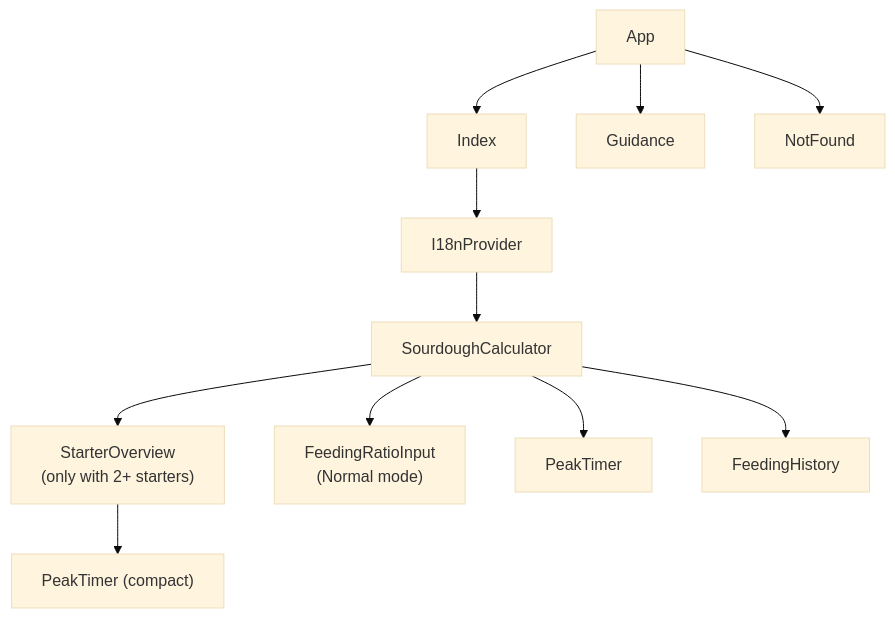
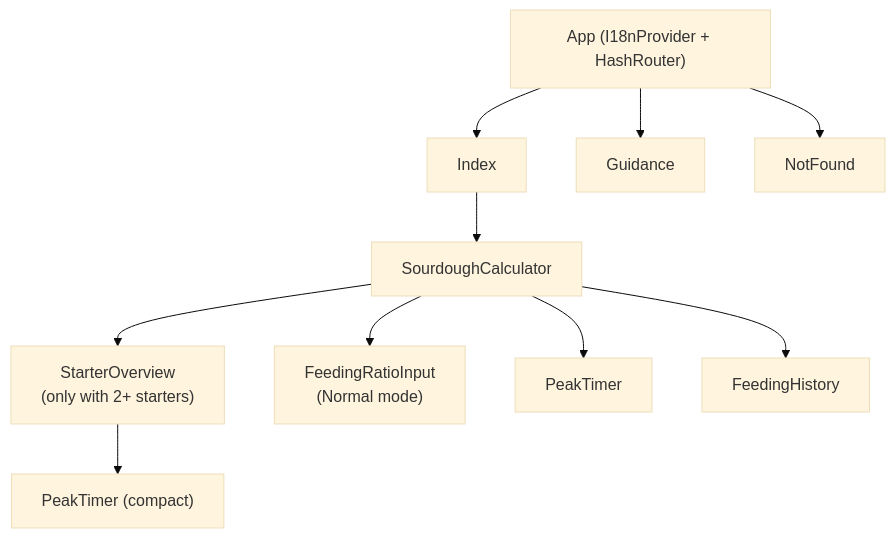
Before and after one commit to bendfeldt/sourdoughpeakplanner-ff7502f5: the second of 3 diagrams in docs/architecture.md, drawn with Mermaid (base theme). The commit also changed other lines of this file and 14 other files, not shown here.

````diff
--- a/docs/architecture.md
+++ b/docs/architecture.md
@@ -90,13 +90,12 @@
 ```mermaid
 flowchart TB
-    App --> Index
+    App["App (I18nProvider + HashRouter)"] --> Index
     App --> Guidance
     App --> NotFound
-    Index --> I18nProvider
-    I18nProvider --> SC["SourdoughCalculator"]
+    Index --> SC["SourdoughCalculator"]
     SC --> SO["StarterOverview<br/>(only with 2+ starters)"]
     SC --> FRI["FeedingRatioInput<br/>(Normal mode)"]
     SC --> PT["PeakTimer"]
     SC --> FH["FeedingHistory"]
     SO --> PT2["PeakTimer (compact)"]
 ```
````
